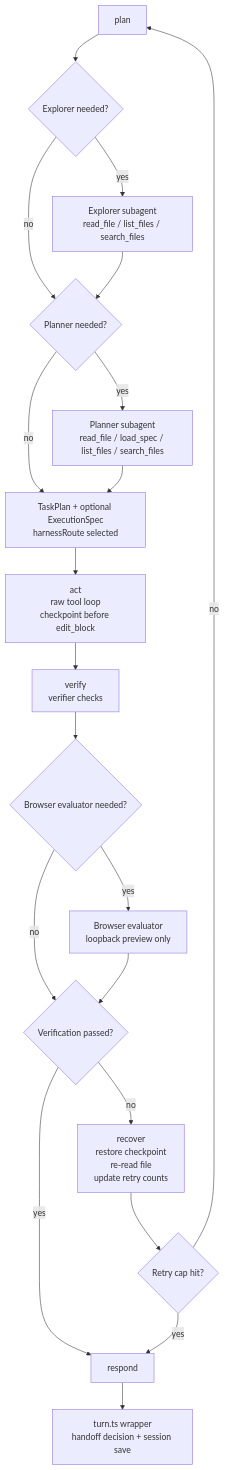
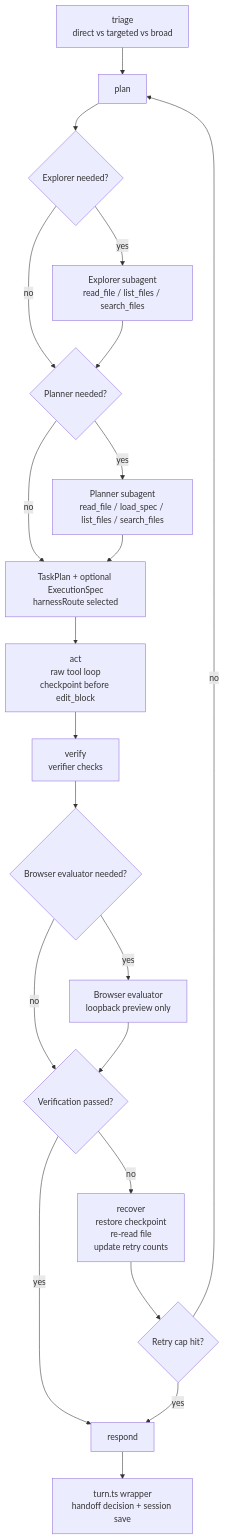
Before and after one commit to thisisyoussef/shipyard: the third of 4 diagrams in shipyard/docs/architecture/README.md, drawn with Mermaid. The commit also changed other lines of this file and 12 other files, not shown here.

````diff
--- a/shipyard/docs/architecture/README.md
+++ b/shipyard/docs/architecture/README.md
@@ -108,38 +108,40 @@
 ```mermaid
 flowchart TD
+  TriageNode["triage<br/>direct vs targeted vs broad"]
   PlanNode["plan"]
   NeedExplorer{"Explorer needed?"}
   Explorer["Explorer subagent<br/>read_file / list_files / search_files"]
   NeedPlanner{"Planner needed?"}
   Planner["Planner subagent<br/>read_file / load_spec / list_files / search_files"]
   PlanArtifacts["TaskPlan + optional ExecutionSpec<br/>harnessRoute selected"]
   ActNode["act<br/>raw tool loop<br/>checkpoint before edit_block"]
   VerifyNode["verify<br/>verifier checks"]
   NeedBrowser{"Browser evaluator needed?"}
   BrowserEval["Browser evaluator<br/>loopback preview only"]
   Passed{"Verification passed?"}
   RecoverNode["recover<br/>restore checkpoint<br/>re-read file<br/>update retry counts"]
   RetryCap{"Retry cap hit?"}
   RespondNode["respond"]
   TurnWrapper["turn.ts wrapper<br/>handoff decision + session save"]
 
+  TriageNode --> PlanNode
   PlanNode --> NeedExplorer
   NeedExplorer -- yes --> Explorer
   NeedExplorer -- no --> NeedPlanner
   Explorer --> NeedPlanner
   NeedPlanner -- yes --> Planner
   NeedPlanner -- no --> PlanArtifacts
   Planner --> PlanArtifacts
   PlanArtifacts --> ActNode
   ActNode --> VerifyNode
   VerifyNode --> NeedBrowser
   NeedBrowser -- yes --> BrowserEval
   NeedBrowser -- no --> Passed
   BrowserEval --> Passed
   Passed -- yes --> RespondNode
   Passed -- no --> RecoverNode
   RecoverNode --> RetryCap
   RetryCap -- no --> PlanNode
   RetryCap -- yes --> RespondNode
   RespondNode --> TurnWrapper
 ```
````
